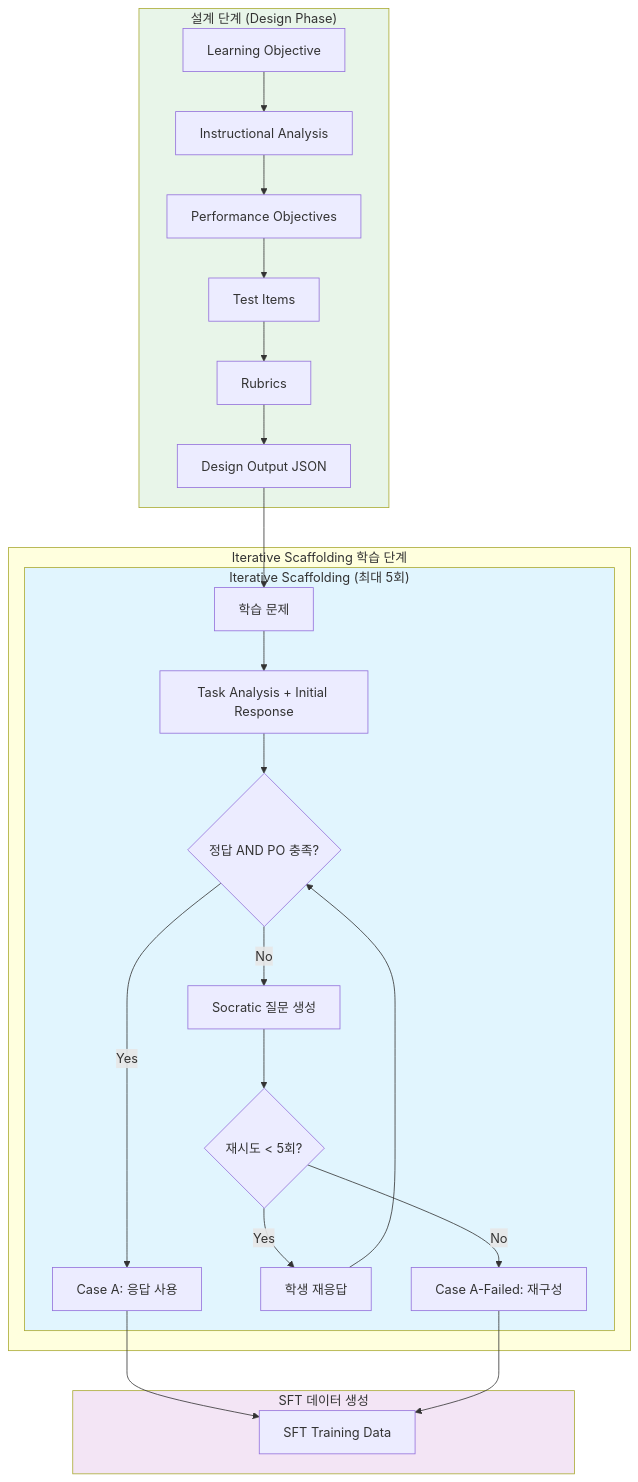
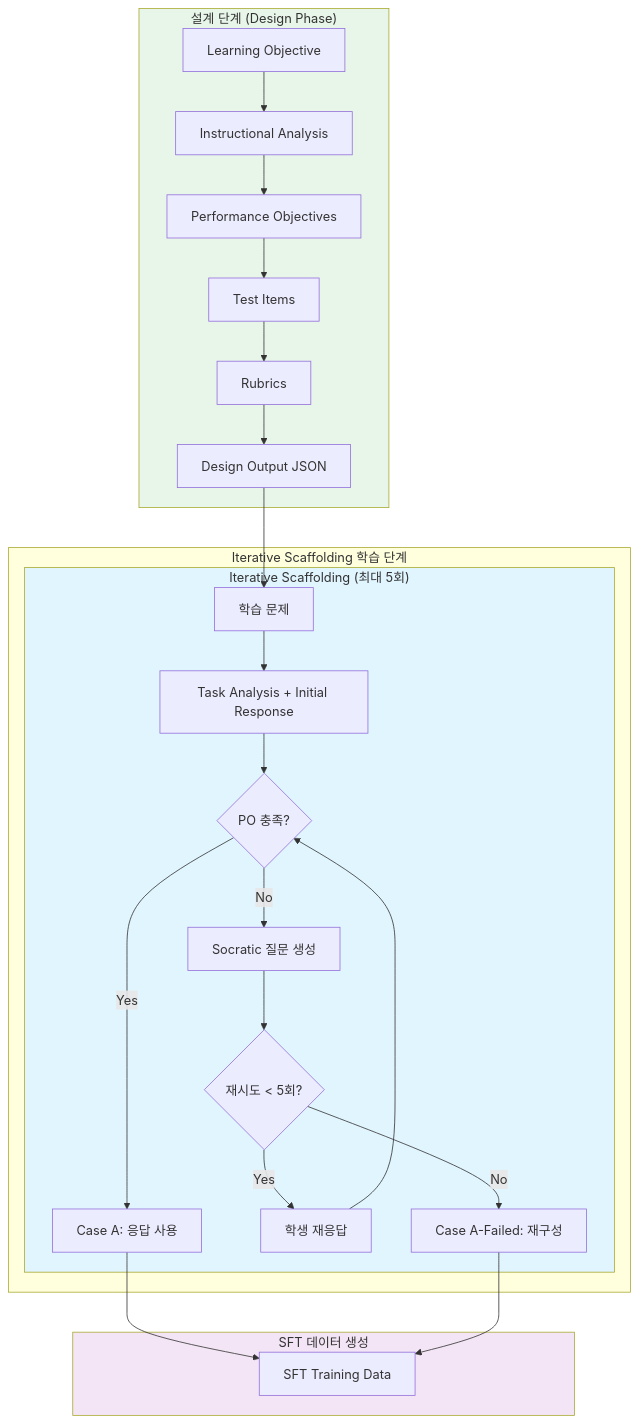
The first of 2 diagrams in ARCHITECTURE.md (SaFD-00/ID-MAS), drawn with Mermaid before and after one commit. The commit also changed other lines of this file and 2 other files, not shown here.

````diff
--- a/ARCHITECTURE.md
+++ b/ARCHITECTURE.md
@@ -262,34 +262,34 @@
 ```mermaid
 flowchart TB
     subgraph Design["설계 단계 (Design Phase)"]
         LO[Learning Objective] --> IA[Instructional Analysis]
         IA --> PO[Performance Objectives]
         PO --> TI[Test Items]
         TI --> RB[Rubrics]
         RB --> DO[Design Output JSON]
     end
 
     subgraph Learning["Iterative Scaffolding 학습 단계"]
         subgraph Scaffolding["Iterative Scaffolding (최대 5회)"]
             S_IN[학습 문제] --> S_TA[Task Analysis + Initial Response]
-            S_TA --> S_EVAL{정답 AND PO 충족?}
+            S_TA --> S_EVAL{PO 충족?}
             S_EVAL -->|Yes| S_OK[Case A: 응답 사용]
             S_EVAL -->|No| S_SOCRATIC[Socratic 질문 생성]
             S_SOCRATIC --> S_RETRY{재시도 < 5회?}
             S_RETRY -->|Yes| S_RESPOND[학생 재응답]
             S_RESPOND --> S_EVAL
             S_RETRY -->|No| S_FAILED[Case A-Failed: 재구성]
         end
     end
 
     subgraph Output["SFT 데이터 생성"]
         S_OK --> SFT[SFT Training Data]
         S_FAILED --> SFT
     end
 
     DO --> S_IN
 
     style Scaffolding fill:#e1f5fe
     style Design fill:#e8f5e9
     style Output fill:#f3e5f5
 ```
````
